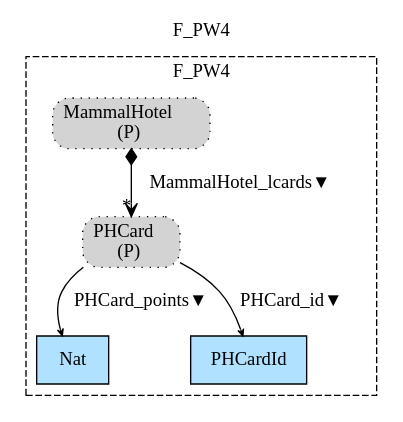
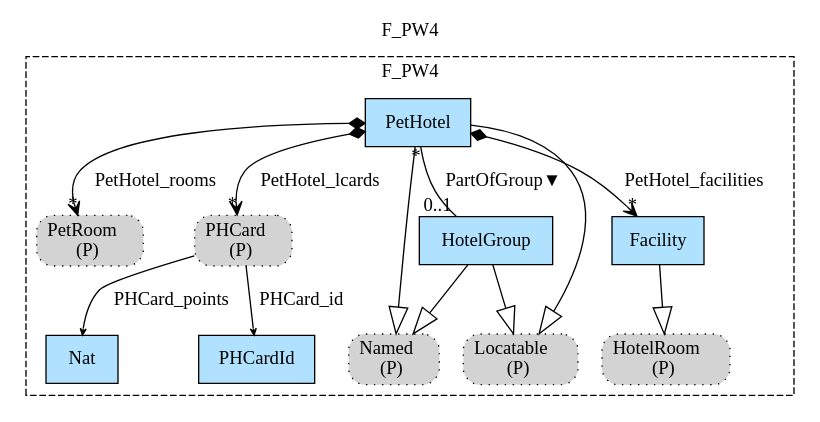
The diagram in Haskell/FragmentaTests/PetsWorld/img/F_PW4.gv (namalio/Fragmenta), drawn with Graphviz before and after one commit. The commit also changed 39 other files, not shown here.

```diff
--- a/Haskell/FragmentaTests/PetsWorld/img/F_PW4.gv
+++ b/Haskell/FragmentaTests/PetsWorld/img/F_PW4.gv
@@ -1,15 +1,32 @@
 digraph {graph[label=F_PW4,labelloc=tl,labelfontsize=12];
 subgraph cluster_F_PW4{style=dashed;label=F_PW4;
+"PPetRoom"[shape=box,fillcolor=lightgray,style ="rounded,filled,dotted",label=<PetRoom<br/>(P)>];
 "Nat"[shape=record,fillcolor=lightskyblue1,style = filled,label="Nat"];
+"PPHCard"[shape=box,fillcolor=lightgray,style ="rounded,filled,dotted",label=<PHCard<br/>(P)>];
 "PHCardId"[shape=record,fillcolor=lightskyblue1,style = filled,label="PHCardId"];
-"PMammalHotel"[shape=box,fillcolor=lightgray,style ="rounded,filled,dotted",label=<MammalHotel<br/>(P)>];
-"PPHCard"[shape=box,fillcolor=lightgray,style ="rounded,filled,dotted",label=<PHCard<br/>(P)>];
+"PetHotel"[shape=record,fillcolor=lightskyblue1,style = filled,label="PetHotel"];
+"PNamed"[shape=box,fillcolor=lightgray,style ="rounded,filled,dotted",label=<Named<br/>(P)>];
+"HotelGroup"[shape=record,fillcolor=lightskyblue1,style = filled,label="HotelGroup"];
+"PLocatable"[shape=box,fillcolor=lightgray,style ="rounded,filled,dotted",label=<Locatable<br/>(P)>];
+"Facility"[shape=record,fillcolor=lightskyblue1,style = filled,label="Facility"];
+"PHotelRoom"[shape=box,fillcolor=lightgray,style ="rounded,filled,dotted",label=<HotelRoom<br/>(P)>];
 
-"PPHCard"->"Nat"[label="PHCard_points▼",arrowhead=vee,headlabel="",arrowsize=.5];
-"PPHCard"->"PHCardId"[label="PHCard_id▼",arrowhead=vee,headlabel="",arrowsize=.5];
-"PMammalHotel"->"PPHCard"[label="MammalHotel_lcards▼",arrowhead=vee,arrowtail=diamond,dir=both,headlabel="*"];
+"PetHotel"->"HotelGroup"[label="PartOfGroup▼",dir=none,taillabel="*",headlabel="0..1"];
+"PetHotel"->"PPHCard"[label="PetHotel_lcards",arrowhead=vee,arrowtail=diamond,dir=both,headlabel="*"];
+"PetHotel"->"Facility"[label="PetHotel_facilities",arrowhead=vee,arrowtail=diamond,dir=both,headlabel="*"];
+"PetHotel"->"PPetRoom"[label="PetHotel_rooms",arrowhead=vee,arrowtail=diamond,dir=both,headlabel="*"];
+"PPHCard"->"Nat"[label="PHCard_points",arrowhead=vee,headlabel="",arrowsize=.5];
+"PPHCard"->"PHCardId"[label="PHCard_id",arrowhead=vee,headlabel="",arrowsize=.5];
+"PetHotel"->"PNamed"[arrowhead=onormal,arrowsize=2.0];
+"PetHotel"->"PLocatable"[arrowhead=onormal,arrowsize=2.0];
+"HotelGroup"->"PNamed"[arrowhead=onormal,arrowsize=2.0];
+"HotelGroup"->"PLocatable"[arrowhead=onormal,arrowsize=2.0];
+"Facility"->"PHotelRoom"[arrowhead=onormal,arrowsize=2.0];
 
 }
 
 
+
+
+
 }
```
